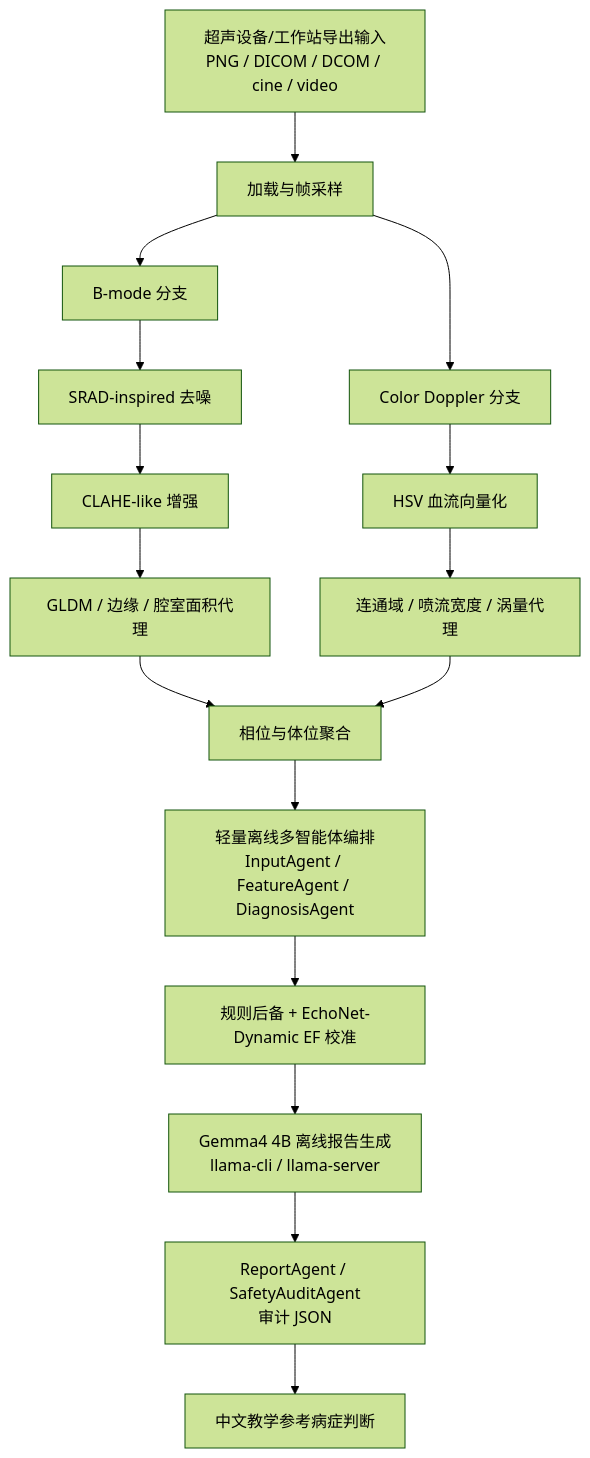
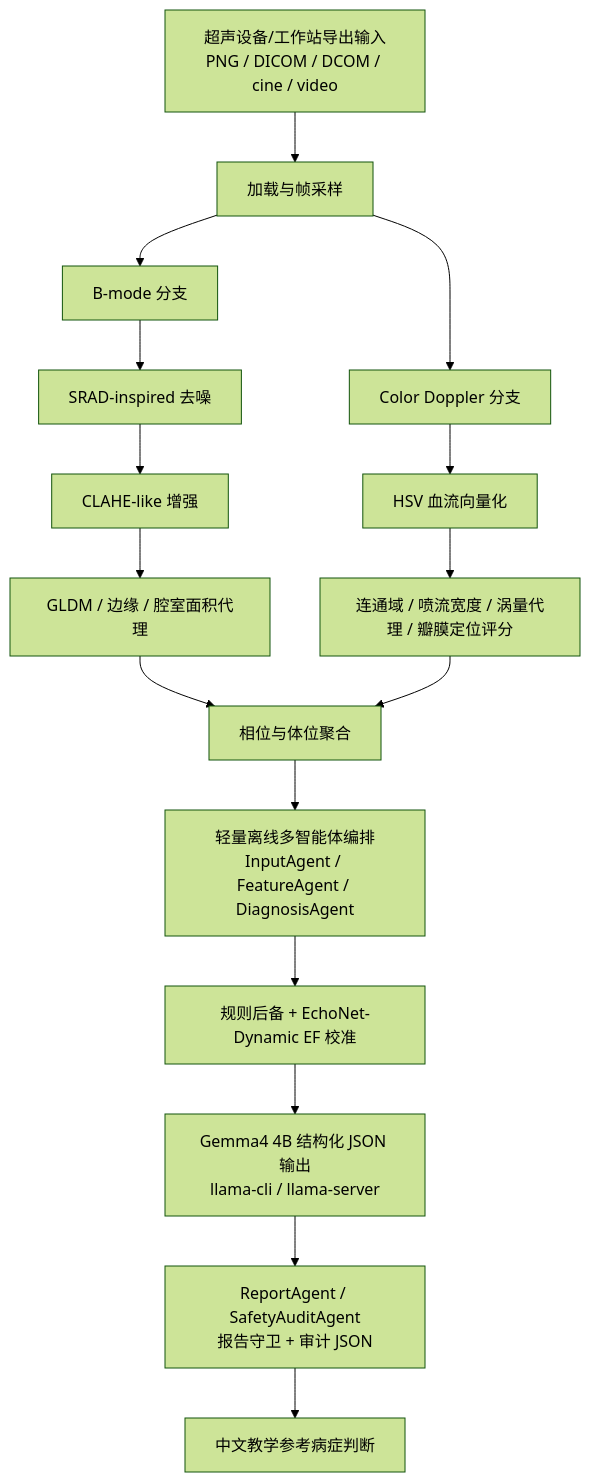
One commit to Timmy-zhu12/gdc-shanghai-project changed the diagram in docs/architecture.md. Above: the diagram before and after it, drawn with Mermaid (forest theme). The commit also changed other lines of this file and 17 other files, not shown here.

Commit message:
add structured gemma4 report contract

````diff
--- a/docs/architecture.md
+++ b/docs/architecture.md
@@ -5,18 +5,18 @@
 ```mermaid
 flowchart TD
     A["超声设备/工作站导出输入<br/>PNG / DICOM / DCOM / cine / video"] --> B["加载与帧采样"]
     B --> C["B-mode 分支"]
     B --> D["Color Doppler 分支"]
     C --> C1["SRAD-inspired 去噪"]
     C1 --> C2["CLAHE-like 增强"]
     C2 --> C3["GLDM / 边缘 / 腔室面积代理"]
     D --> D1["HSV 血流向量化"]
-    D1 --> D2["连通域 / 喷流宽度 / 涡量代理"]
+    D1 --> D2["连通域 / 喷流宽度 / 涡量代理 / 瓣膜定位评分"]
     C3 --> E["相位与体位聚合"]
     D2 --> E
     E --> O["轻量离线多智能体编排<br/>InputAgent / FeatureAgent / DiagnosisAgent"]
     O --> F["规则后备 + EchoNet-Dynamic EF 校准"]
-    F --> G["Gemma4 4B 离线报告生成<br/>llama-cli / llama-server"]
-    G --> R["ReportAgent / SafetyAuditAgent<br/>审计 JSON"]
+    F --> G["Gemma4 4B 结构化 JSON 输出<br/>llama-cli / llama-server"]
+    G --> R["ReportAgent / SafetyAuditAgent<br/>报告守卫 + 审计 JSON"]
     R --> H["中文教学参考病症判断"]
 ```
````
